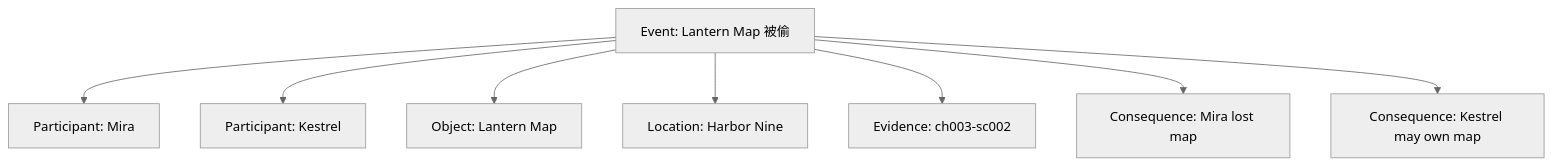
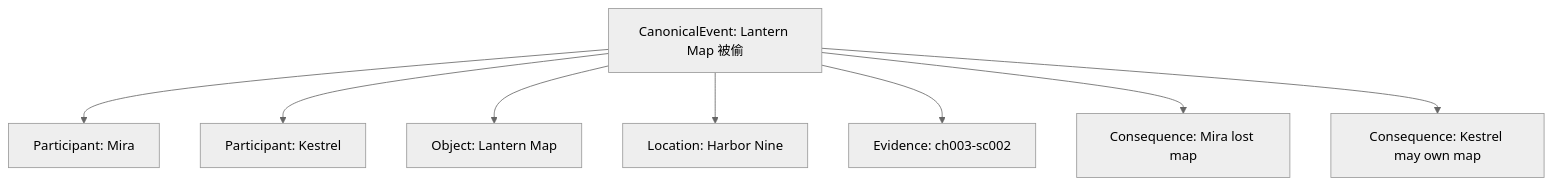
The second of 5 diagrams in goals/15-event-aggregation.md (FrankQDWang/sextantlabs), drawn with Mermaid (neutral theme) before and after one commit. The commit also changed other lines of this file, not shown here.

Commit message:
Align event aggregation with canon promotion gate

````diff
--- a/goals/15-event-aggregation.md
+++ b/goals/15-event-aggregation.md
@@ -41,11 +49,11 @@
 ```mermaid
 flowchart TD
-    E[Event: Lantern Map 被偷]
+    E[CanonicalEvent: Lantern Map 被偷]
     E --> A[Participant: Mira]
     E --> B[Participant: Kestrel]
     E --> C[Object: Lantern Map]
     E --> D[Location: Harbor Nine]
     E --> F[Evidence: ch003-sc002]
     E --> G[Consequence: Mira lost map]
     E --> H[Consequence: Kestrel may own map]
 ```
````
